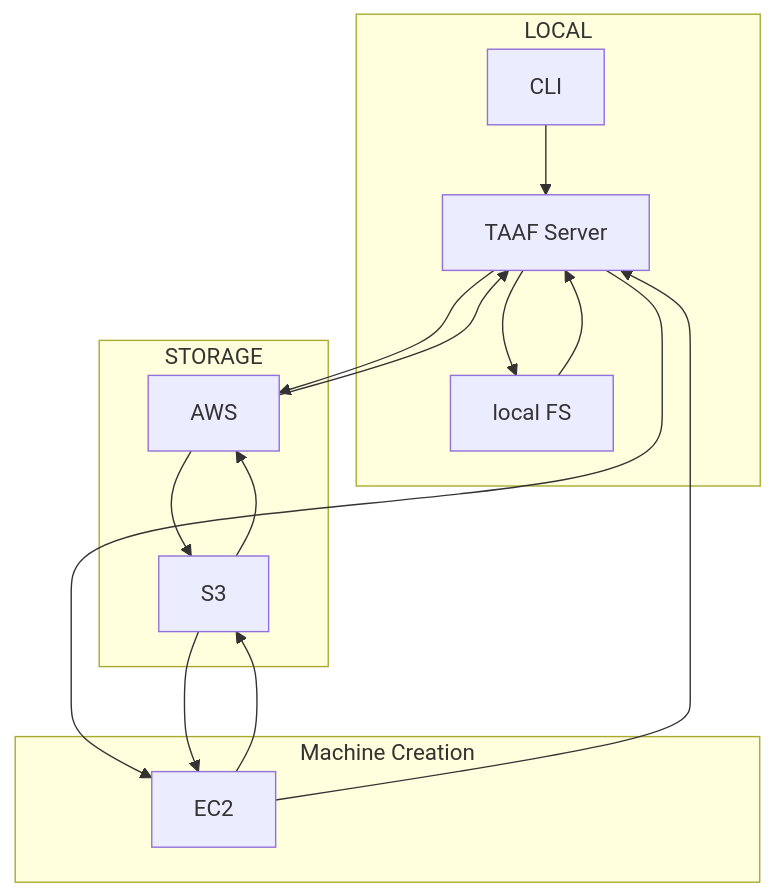
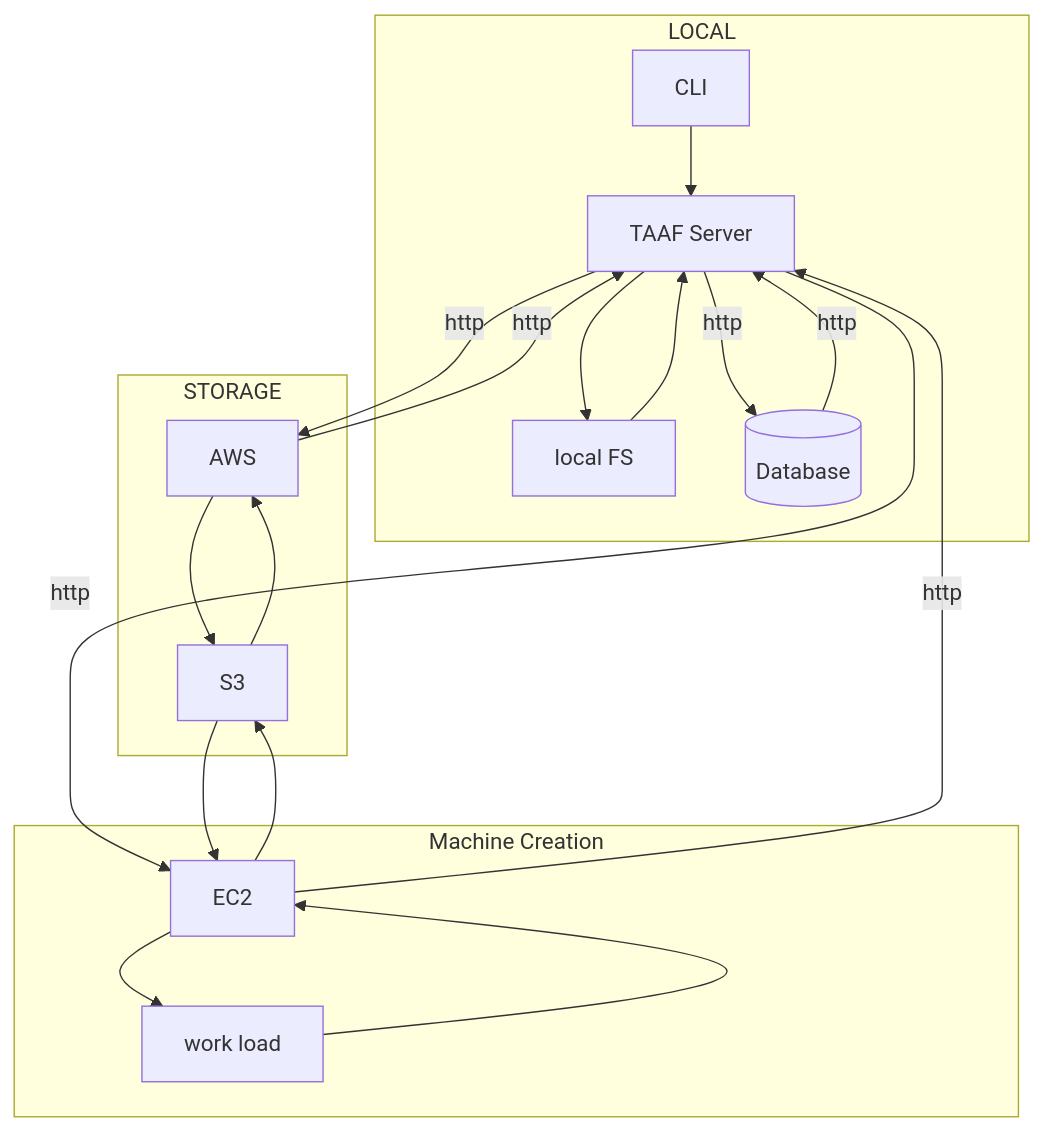
One commit to hweeks/taaf changed the diagram in README.md. Above: the diagram before and after it, drawn with Mermaid.

Commit message:
chore: lil fixes

````diff
--- a/README.md
+++ b/README.md
@@ -37,20 +37,24 @@
 ```mermaid
 graph TD
     subgraph LOCAL
     C[CLI] --> B[TAAF Server]
     B --> L[local FS]
     L --> B
+    B -- http -->  D[(Database)]
+    D -- http -->  B
     end
     subgraph STORAGE
-    B --> S[AWS]
+    B -- http --> S[AWS]
     S --> Bucket[S3]
     Bucket --> S
-    S --> B
+    S -- http --> B
     end
     subgraph Machine Creation
-    B --> E[EC2]
+    B -- http --> E[EC2]
+    E --> WL[work load]
+    WL --> E
     E --> Bucket
     Bucket --> E
-    E --> B
+    E -- http --> B
     end
 ```
````
